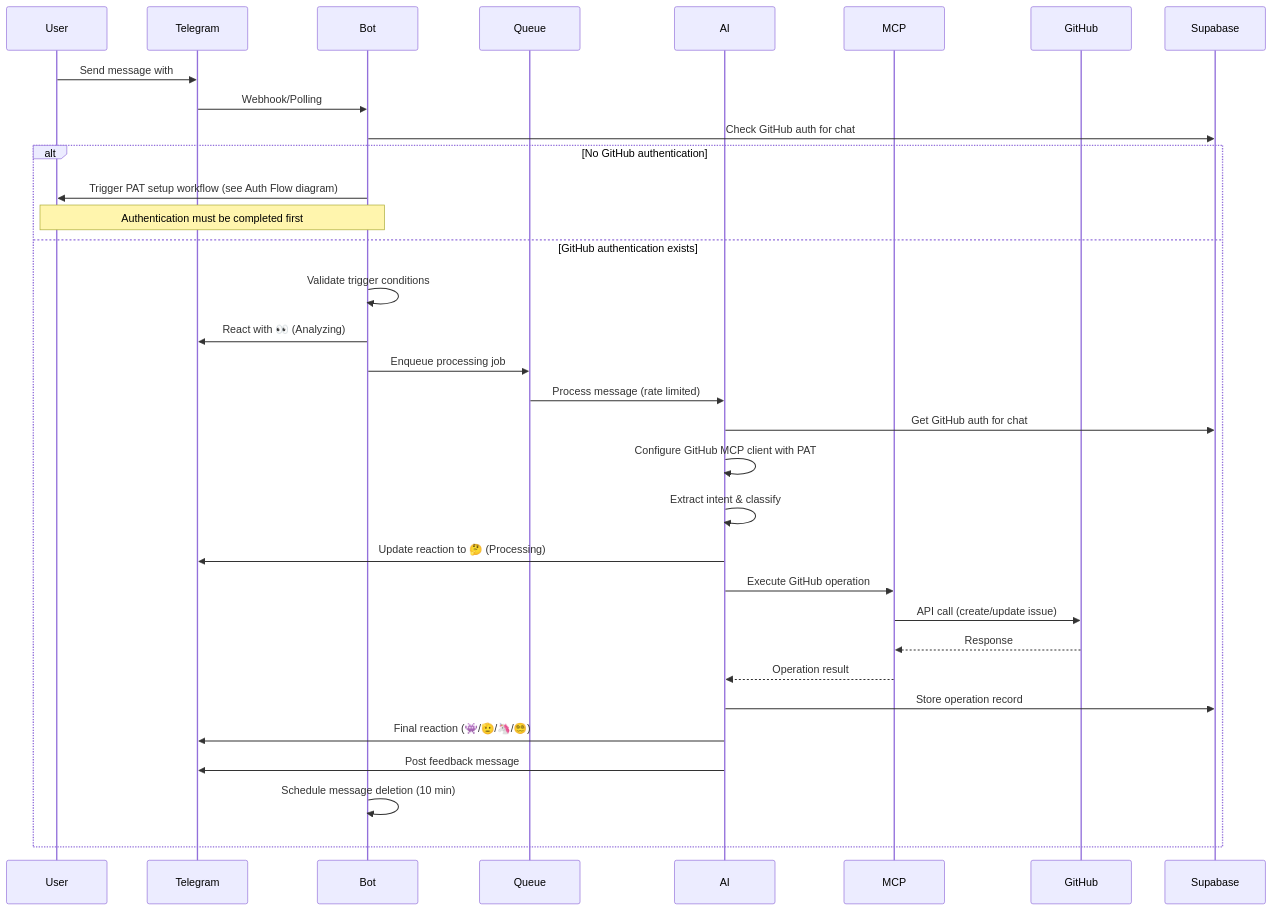
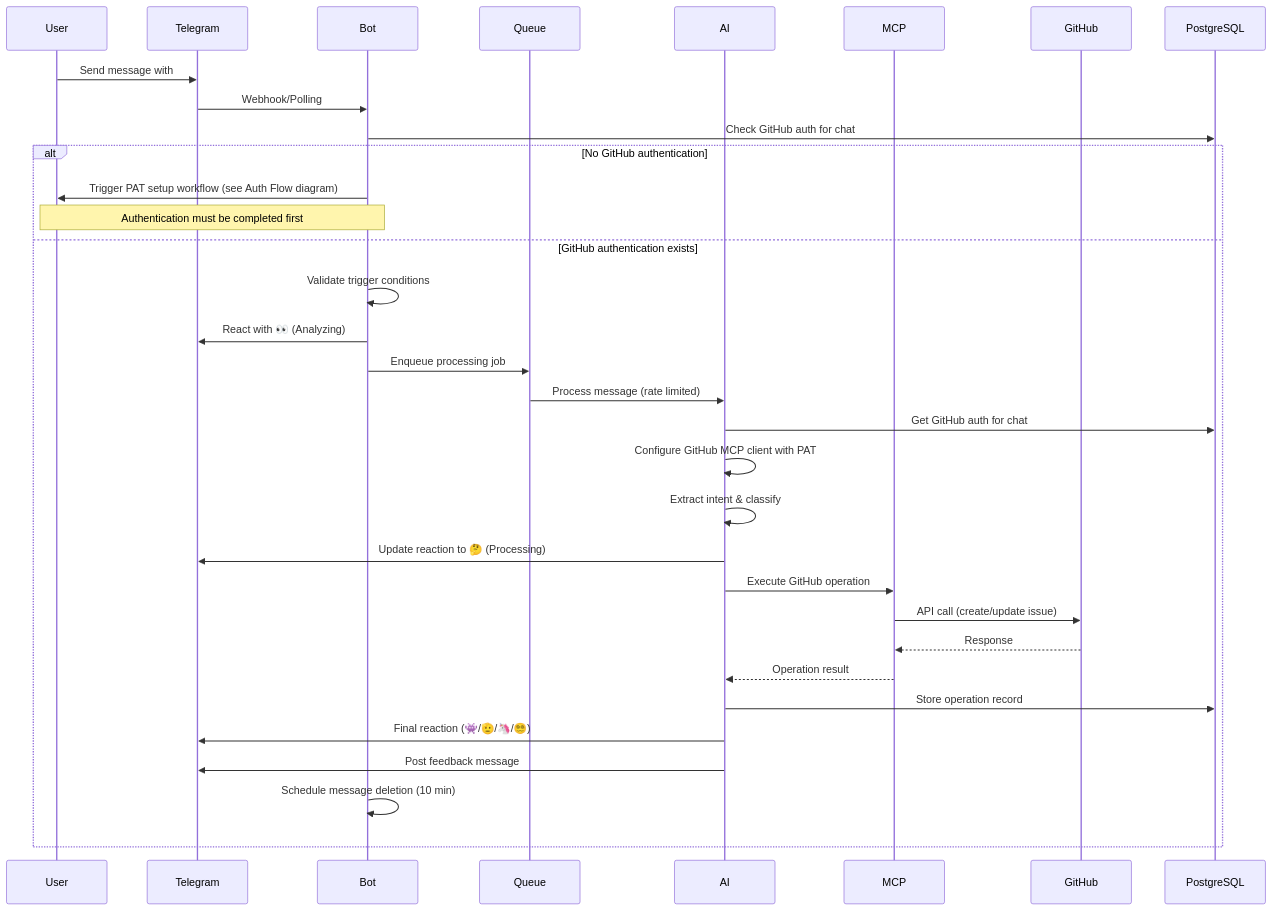
One commit to majus/telegit changed the second of 11 diagrams in PRD.md. Above: the diagram before and after it, drawn with Mermaid. The commit also changed other lines of this file and 2 other files, not shown here.

First line of the commit message:
Replace Supabase with PostgreSQL for data persistence (#14)

````diff
--- a/PRD.md
+++ b/PRD.md
@@ -81,36 +81,36 @@
 ```mermaid
 sequenceDiagram
     participant User
     participant Telegram
     participant Bot
     participant Queue
     participant AI
     participant MCP
     participant GitHub
-    participant Supabase
+    participant PostgreSQL
     
     User->>Telegram: Send message with #tag/@mention
     Telegram->>Bot: Webhook/Polling
-    Bot->>Supabase: Check GitHub auth for chat
+    Bot->>PostgreSQL: Check GitHub auth for chat
     alt No GitHub authentication
         Bot->>User: Trigger PAT setup workflow (see Auth Flow diagram)
         Note over Bot,User: Authentication must be completed first
     else GitHub authentication exists
         Bot->>Bot: Validate trigger conditions
         Bot->>Telegram: React with 👀 (Analyzing)
         Bot->>Queue: Enqueue processing job
         Queue->>AI: Process message (rate limited)
-        AI->>Supabase: Get GitHub auth for chat
+        AI->>PostgreSQL: Get GitHub auth for chat
         AI->>AI: Configure GitHub MCP client with PAT
         AI->>AI: Extract intent & classify
         AI->>Telegram: Update reaction to 🤔 (Processing)
         AI->>MCP: Execute GitHub operation
         MCP->>GitHub: API call (create/update issue)
         GitHub-->>MCP: Response
         MCP-->>AI: Operation result
-        AI->>Supabase: Store operation record
+        AI->>PostgreSQL: Store operation record
         AI->>Telegram: Final reaction (👾/🫡/🦄/😵‍💫)
         AI->>Telegram: Post feedback message
         Bot->>Bot: Schedule message deletion (10 min)
     end
 ```
````
